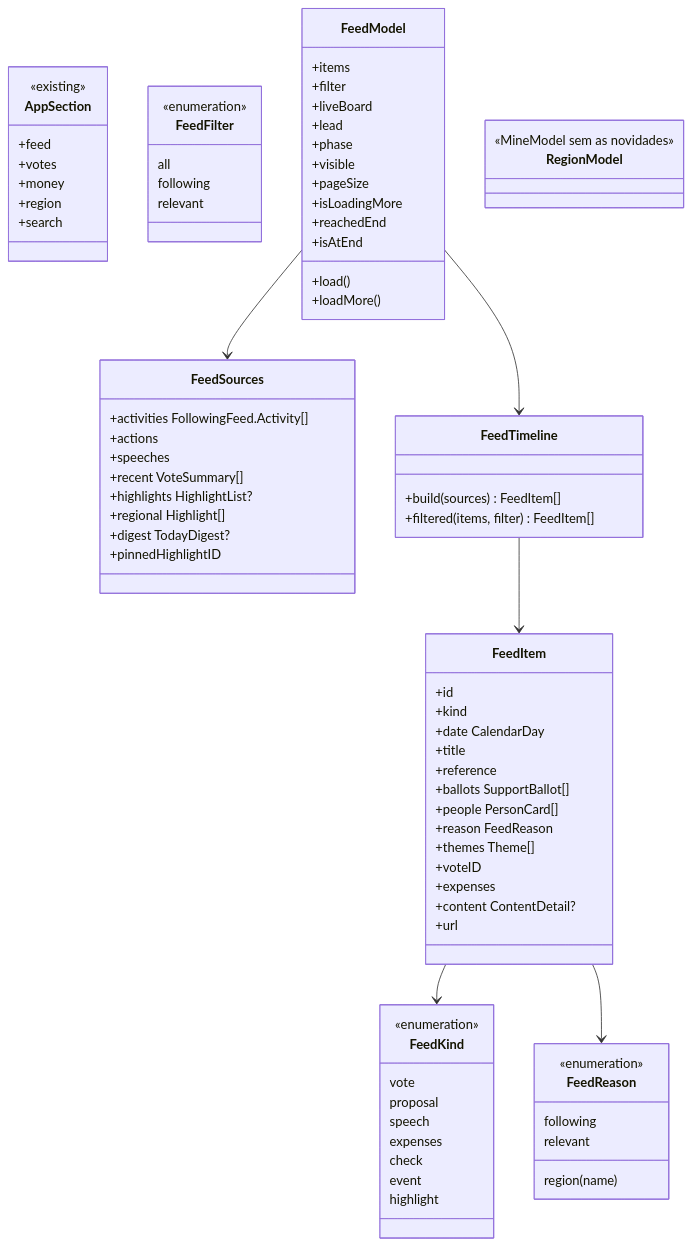
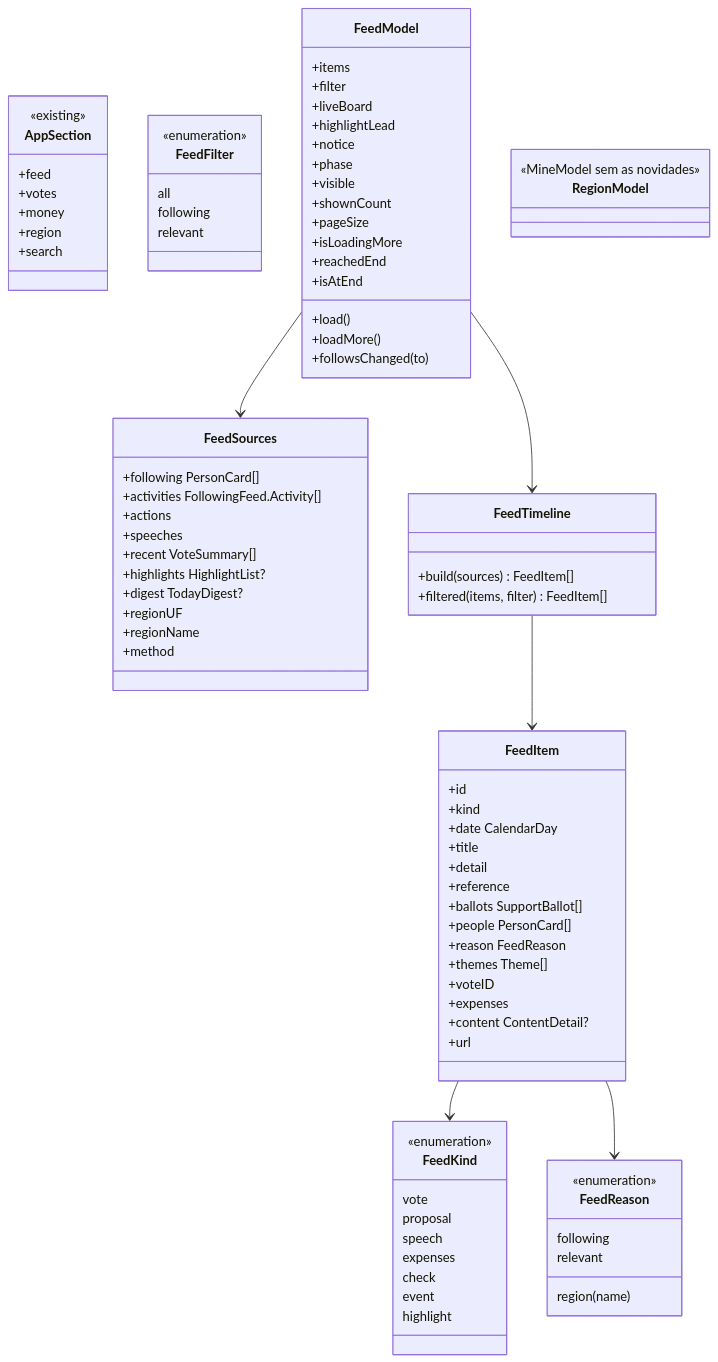
Before and after one commit to byescaleira/fiscal: the diagram in spdd/prompt/FSC-013-202611012300-[Feat]-feed-first-tab-and-region.md, drawn with Mermaid. The commit also changed other lines of this file, not shown here.

```diff
--- a/spdd/prompt/FSC-013-202611012300-[Feat]-feed-first-tab-and-region.md
+++ b/spdd/prompt/FSC-013-202611012300-[Feat]-feed-first-tab-and-region.md
@@ -63,6 +63,7 @@
         +kind
         +date CalendarDay
         +title
+        +detail
         +reference
         +ballots SupportBallot[]
         +people PersonCard[]
@@ -96,14 +97,16 @@
         relevant
     }
     class FeedSources {
+        +following PersonCard[]
         +activities FollowingFeed.Activity[]
         +actions
         +speeches
         +recent VoteSummary[]
         +highlights HighlightList?
-        +regional Highlight[]
         +digest TodayDigest?
-        +pinnedHighlightID
+        +regionUF
+        +regionName
+        +method
     }
     class FeedTimeline {
         +build(sources) FeedItem[]
@@ -113,15 +116,18 @@
         +items
         +filter
         +liveBoard
-        +lead
+        +highlightLead
+        +notice
         +phase
         +visible
+        +shownCount
         +pageSize
         +isLoadingMore
         +reachedEnd
         +isAtEnd
         +load()
         +loadMore()
+        +followsChanged(to)
     }
     class RegionModel {
         <<MineModel sem as novidades>>
```
